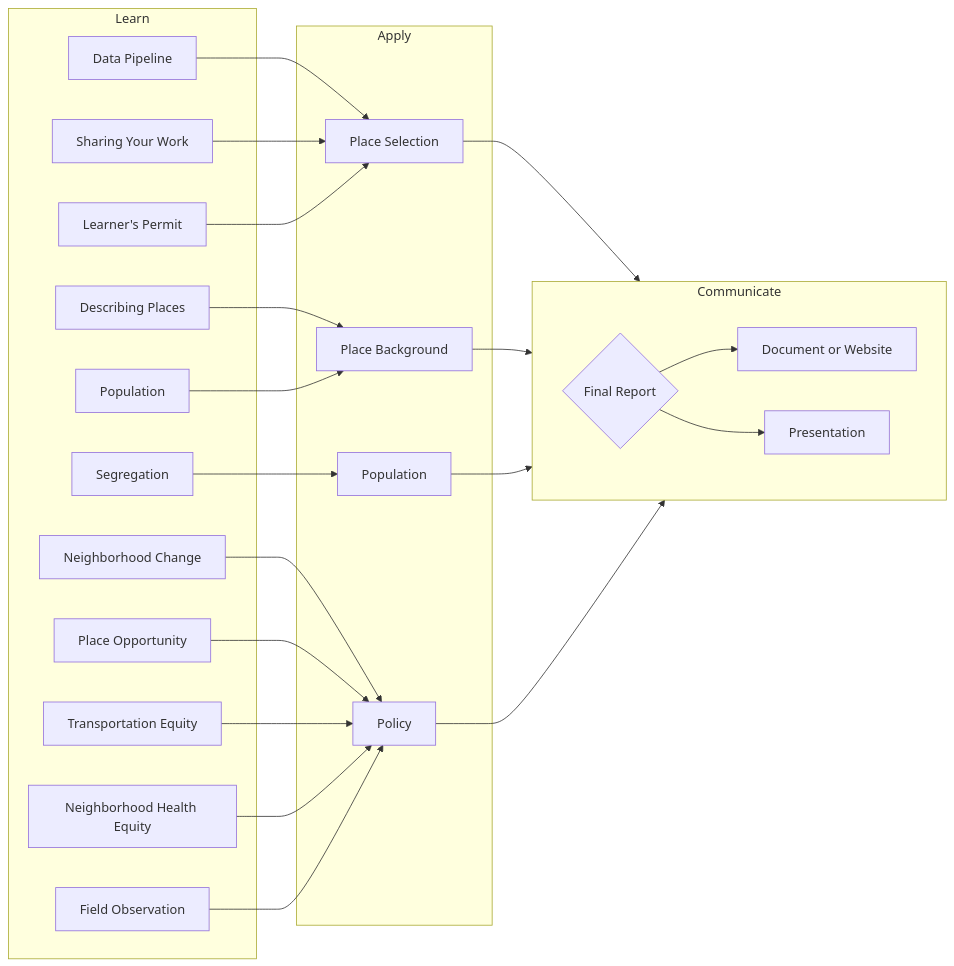
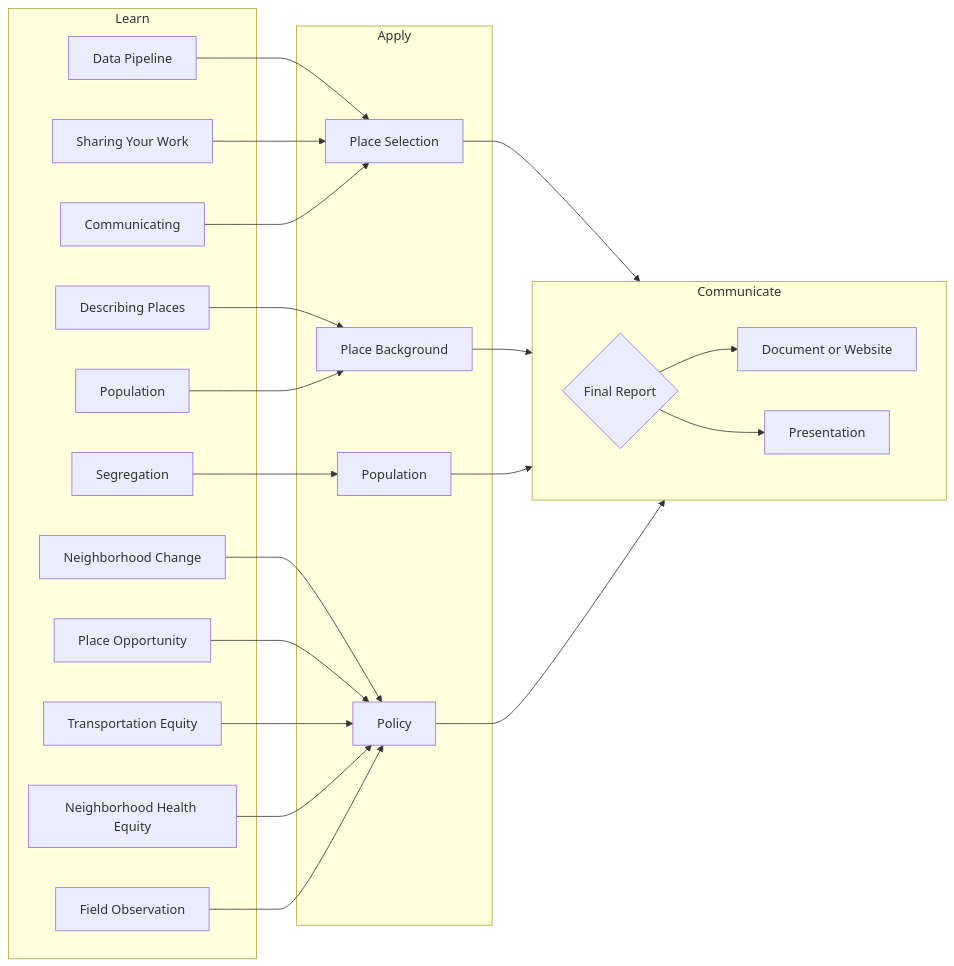
Before and after one commit to agreen4/UP570_S24_Website: the diagram in assignments/index.qmd, drawn with Mermaid. The commit also changed other lines of this file and 69 other files, not shown here.

````diff
--- a/assignments/index.qmd
+++ b/assignments/index.qmd
@@ -10,42 +10,42 @@
 ```{mermaid}
 flowchart LR
 
 subgraph Learn
 AA[Data Pipeline]
 AB[Sharing Your Work]
-AC[Learner's Permit]
+AC[Communicating]
 AD[Describing Places]
 AE[Population]
 AF[Segregation]
 AG[Neighborhood Change]
 AH[Place Opportunity]
 AI[Transportation Equity]
 AJ[Neighborhood Health Equity]
 AK[Field Observation]
 end
 
 subgraph Apply
 
 AA --> B[Place Selection]
 AB --> B
 AC --> B
 AD --> C[Place Background]
 AE --> C
 AF --> D[Population]
 AG --> E[Policy]
 AH --> E
 AI --> E
 AJ --> E
 AK --> E
 end
 
 subgraph Communicate
   direction LR
 B --> F{Final Report}
 C --> F
 D --> F
 E --> F
 F --> G[Document or Website]
 F --> H[Presentation]
 end
 ```
````
